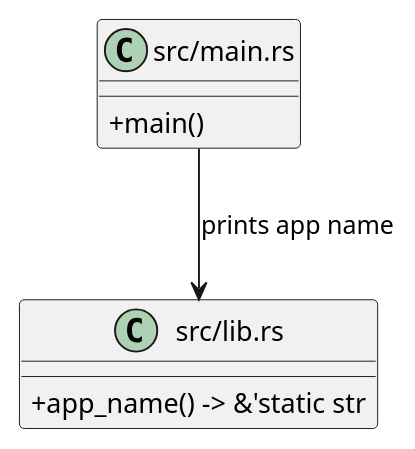
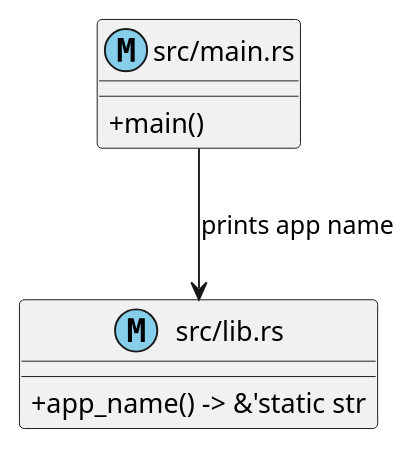
The diagram in doc/dev/architecture/design/entrypoint-and-wiring.md (hurenkam/ezkvm), drawn with PlantUML before and after one commit. The commit also changed 3 other files, not shown here.

Commit message:
improved class diagrams

````diff
--- a/doc/dev/architecture/design/entrypoint-and-wiring.md
+++ b/doc/dev/architecture/design/entrypoint-and-wiring.md
@@ -16,15 +16,15 @@
 ```plantuml
 @startuml
 skinparam classAttributeIconSize 0
 
-class "src/main.rs" as Main {
+class "src/main.rs" as Main << (M,#87CEEB) >> {
   +main()
 }
 
-class "src/lib.rs" as Lib {
+class "src/lib.rs" as Lib << (M,#87CEEB) >> {
   +app_name() -> &'static str
 }
 
 Main --> Lib : prints app name
 @enduml
 ```
````
